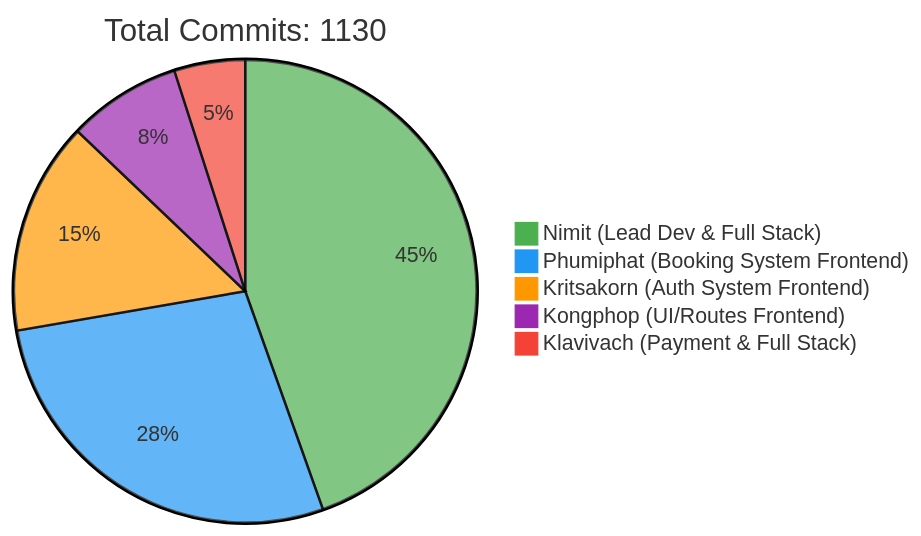
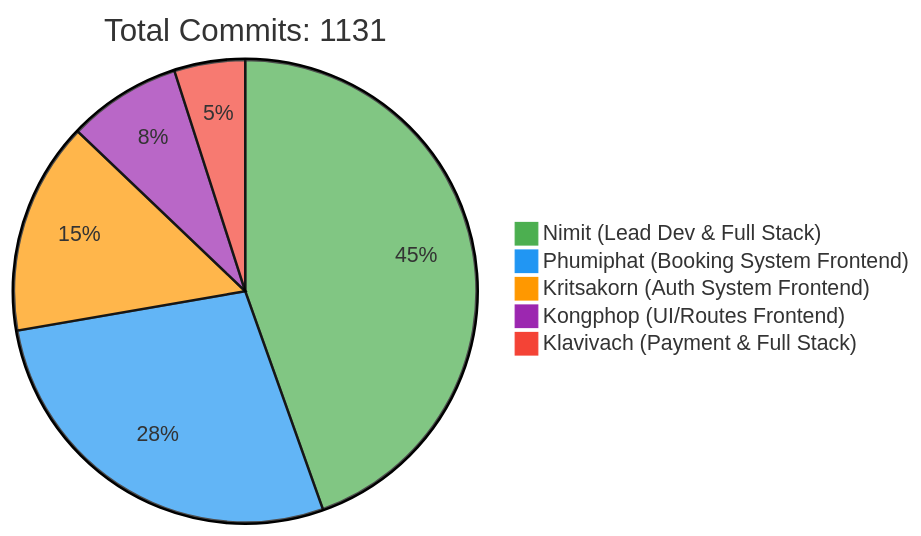
One commit to 6531503042/Sport-Complex changed the first of 2 diagrams in README.md. Above: the diagram before and after it, drawn with Mermaid. The commit also changed other lines of this file, not shown here.

Commit message:
docs: Update contributor statistics [skip ci]

````diff
--- a/README.md
+++ b/README.md
@@ -257,10 +257,10 @@
 ```mermaid
 %%{init: {'theme': 'base', 'themeVariables': { 'pie1': '#4CAF50', 'pie2': '#2196F3', 'pie3': '#FF9800', 'pie4': '#9C27B0', 'pie5': '#F44336'}}}%%
 pie
-    title Total Commits: 1130
+    title Total Commits: 1131
     "Nimit (Lead Dev & Full Stack)" : 450
     "Phumiphat (Booking System Frontend)" : 280
     "Kritsakorn (Auth System Frontend)" : 150
     "Kongphop (UI/Routes Frontend)" : 80
     "Klavivach (Payment & Full Stack)" : 50
 ```
````
